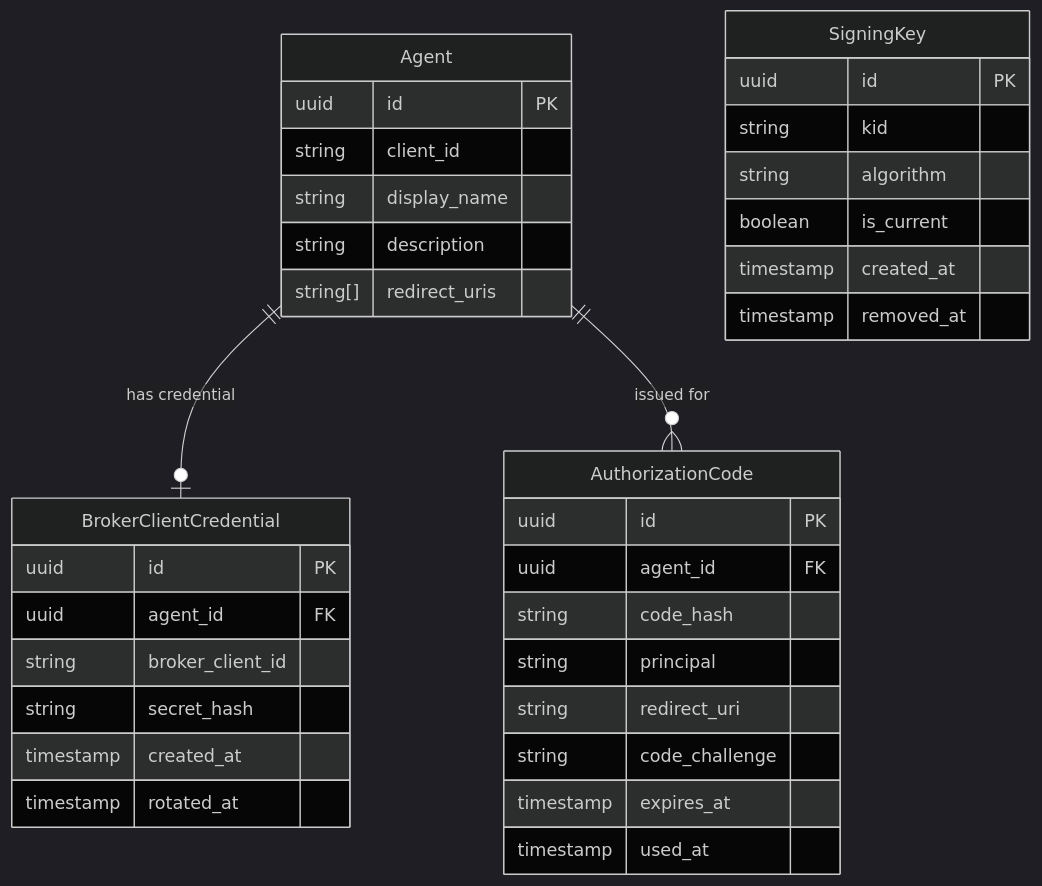
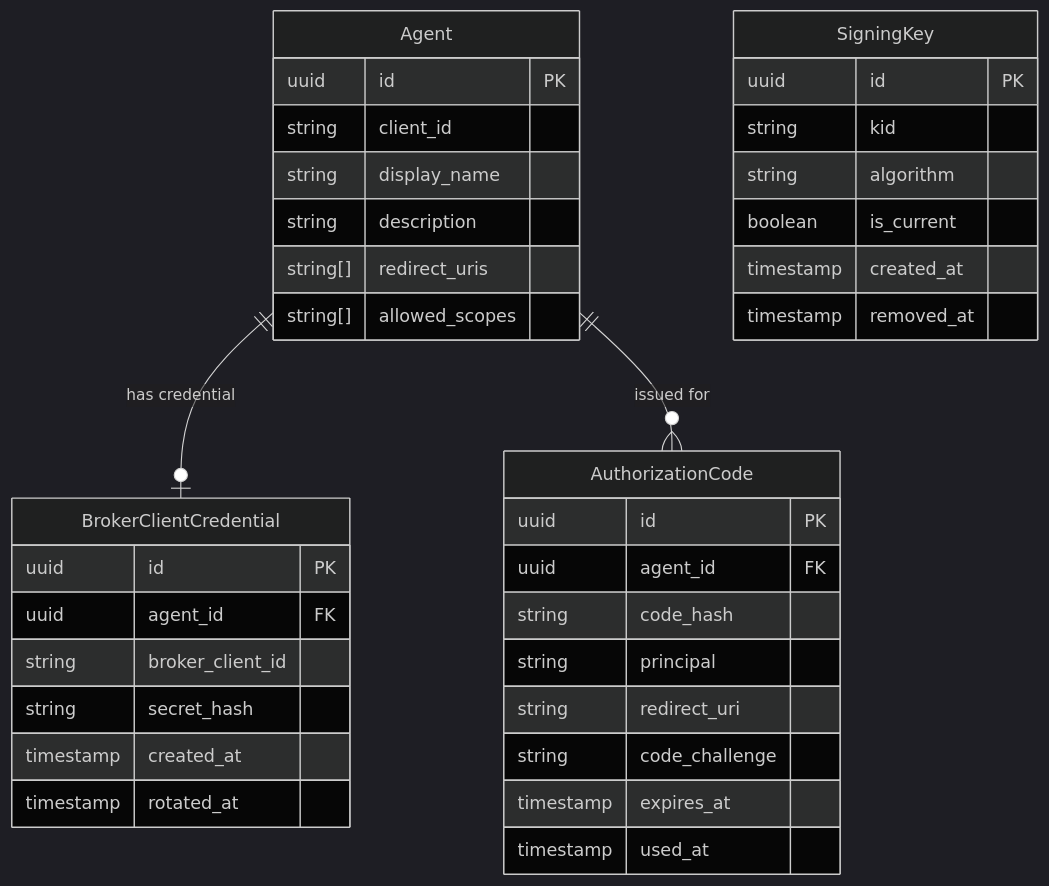
Before and after one commit to axsaucedo/agentic-identity-broker: the first of 2 diagrams in specs/025-oauth2-server/spec.md, drawn with Mermaid (dark theme). The commit also changed other lines of this file and 6 other files, not shown here.

````diff
--- a/specs/025-oauth2-server/spec.md
+++ b/specs/025-oauth2-server/spec.md
@@ -176,38 +186,39 @@
 ```mermaid
 erDiagram
     Agent {
         uuid id PK
         string client_id
         string display_name
         string description
         string[] redirect_uris
+        string[] allowed_scopes
     }
     BrokerClientCredential {
         uuid id PK
         uuid agent_id FK
         string broker_client_id
         string secret_hash
         timestamp created_at
         timestamp rotated_at
     }
     SigningKey {
         uuid id PK
         string kid
         string algorithm
         boolean is_current
         timestamp created_at
         timestamp removed_at
     }
     AuthorizationCode {
         uuid id PK
         uuid agent_id FK
         string code_hash
         string principal
         string redirect_uri
         string code_challenge
         timestamp expires_at
         timestamp used_at
     }
     Agent ||--o| BrokerClientCredential : "has credential"
     Agent ||--o{ AuthorizationCode : "issued for"
 ```
````
